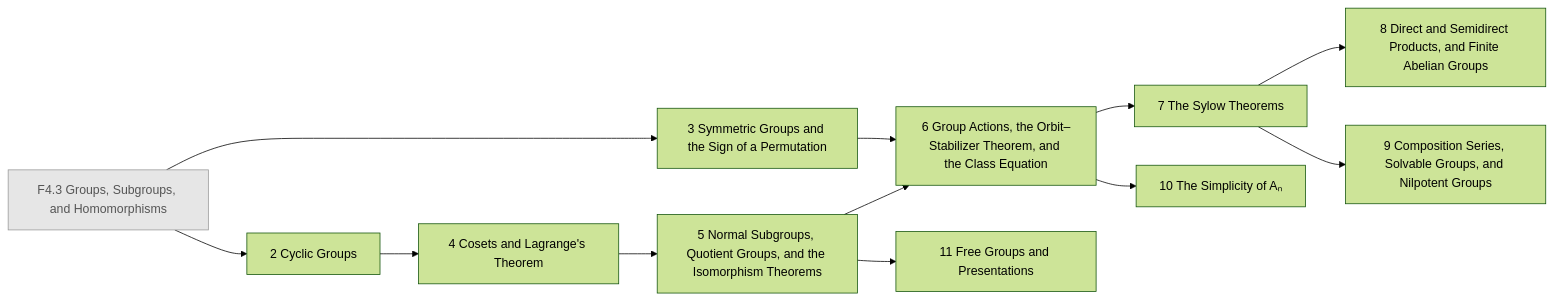
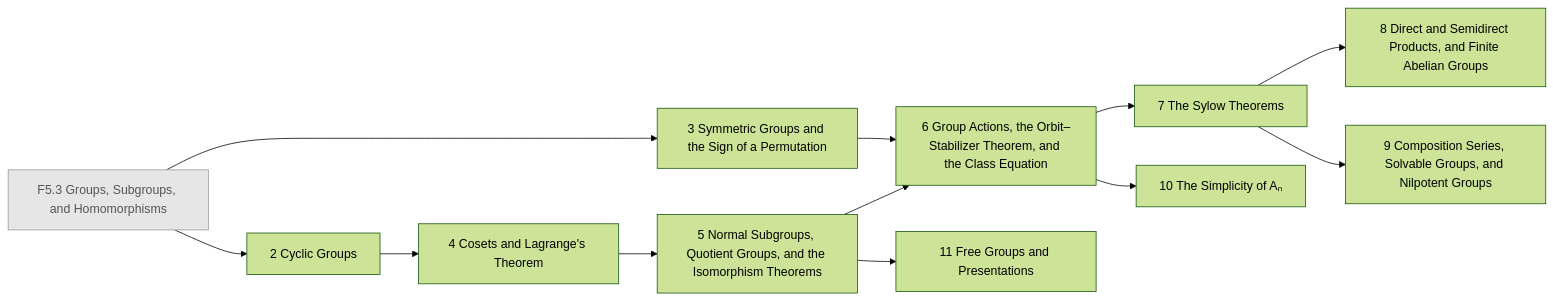
Before and after one commit to AkizumiFox/math-atlas: the ninth of 30 diagrams in generated/README.md, drawn with Mermaid (forest theme). The commit also changed other lines of this file and 41 other files, not shown here.

````diff
--- a/generated/README.md
+++ b/generated/README.md
@@ -231,28 +257,28 @@
 ```mermaid
 flowchart LR
-  F4_3["F4.3 Groups, Subgroups, and Homomorphisms"]:::ext
+  F5_3["F5.3 Groups, Subgroups, and Homomorphisms"]:::ext
   AL1_2["2 Cyclic Groups"]
   AL1_3["3 Symmetric Groups and the Sign of a Permutation"]
   AL1_4["4 Cosets and Lagrange's Theorem"]
   AL1_5["5 Normal Subgroups, Quotient Groups, and the Isomorphism Theorems"]
   AL1_6["6 Group Actions, the Orbit–Stabilizer Theorem, and the Class Equation"]
   AL1_7["7 The Sylow Theorems"]
   AL1_8["8 Direct and Semidirect Products, and Finite Abelian Groups"]
   AL1_9["9 Composition Series, Solvable Groups, and Nilpotent Groups"]
   AL1_10["10 The Simplicity of Aₙ"]
   AL1_11["11 Free Groups and Presentations"]
-  F4_3 --> AL1_2
-  F4_3 --> AL1_3
+  F5_3 --> AL1_2
+  F5_3 --> AL1_3
   AL1_2 --> AL1_4
   AL1_4 --> AL1_5
   AL1_3 --> AL1_6
   AL1_5 --> AL1_6
   AL1_6 --> AL1_7
   AL1_7 --> AL1_8
   AL1_7 --> AL1_9
   AL1_6 --> AL1_10
   AL1_5 --> AL1_11
   classDef ext fill:#e6e6e6,stroke:#999,color:#555
   classDef opt fill:#fff,stroke:#999,stroke-dasharray:4 3,color:#555
   classDef segb fill:#f6f6fb,stroke:#99a,color:#333
 ```
````
